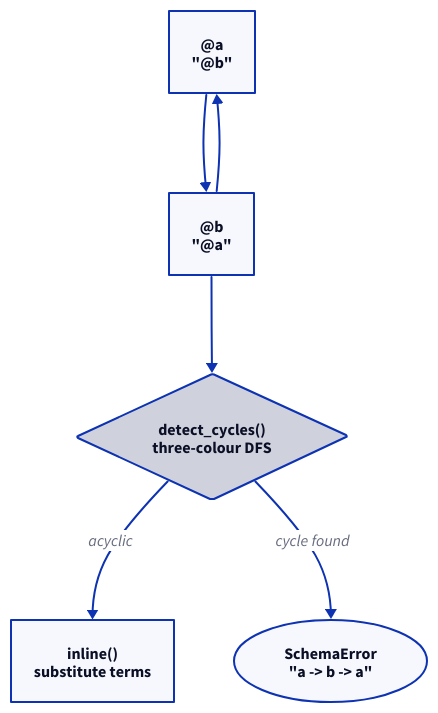
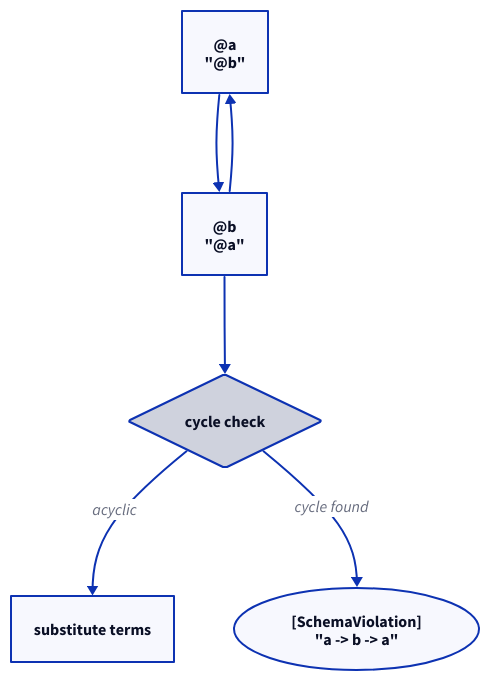
The third of 3 diagrams in src/content/docs/reference/generic-constraints.mdx (cobre-rs/cobre-docs), drawn with D2 before and after one commit. The commit also changed other lines of this file and 11 other files, not shown here.

````diff
--- a/src/content/docs/reference/generic-constraints.mdx
+++ b/src/content/docs/reference/generic-constraints.mdx
@@ -419,16 +526,16 @@
 ```d2
 direction: down
 
 a: "@a\n\"@b\"" {shape: rectangle}
 b: "@b\n\"@a\"" {shape: rectangle}
 a -> b
 b -> a
 
-detect: "detect_cycles()\nthree-colour DFS" {shape: diamond}
-inline: "inline()\nsubstitute terms" {shape: rectangle}
-rejected: "SchemaError\n\"a -> b -> a\"" {shape: oval}
+detect: "cycle check" {shape: diamond}
+inline: "substitute terms" {shape: rectangle}
+rejected: "[SchemaViolation]\n\"a -> b -> a\"" {shape: oval}
 
 b -> detect
 detect -> inline: acyclic
 detect -> rejected: cycle found
 ```
````
